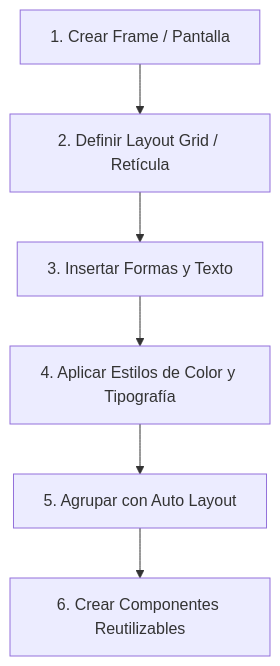
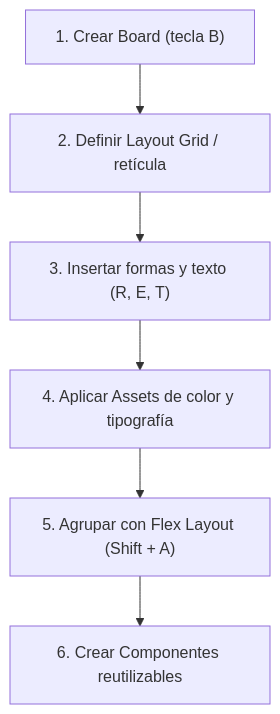
One commit to jmfiorisies/diw changed the seventh of 10 diagrams in docs/ud1.md. Above: the diagram before and after it, drawn with Mermaid. The commit also changed other lines of this file and 3 other files, not shown here.

````diff
--- a/docs/ud1.md
+++ b/docs/ud1.md
@@ -275,9 +360,9 @@
 ```mermaid
 graph TD
-    A["1. Crear Frame / Pantalla"] --> B["2. Definir Layout Grid / Retícula"]
-    B --> C["3. Insertar Formas y Texto"]
-    C --> D["4. Aplicar Estilos de Color y Tipografía"]
-    D --> E["5. Agrupar con Auto Layout"]
-    E --> F["6. Crear Componentes Reutilizables"]
+    A["1. Crear Board (tecla B)"] --> B["2. Definir Layout Grid / retícula"]
+    B --> C["3. Insertar formas y texto (R, E, T)"]
+    C --> D["4. Aplicar Assets de color y tipografía"]
+    D --> E["5. Agrupar con Flex Layout (Shift + A)"]
+    E --> F["6. Crear Componentes reutilizables"]
 
 ```
````
